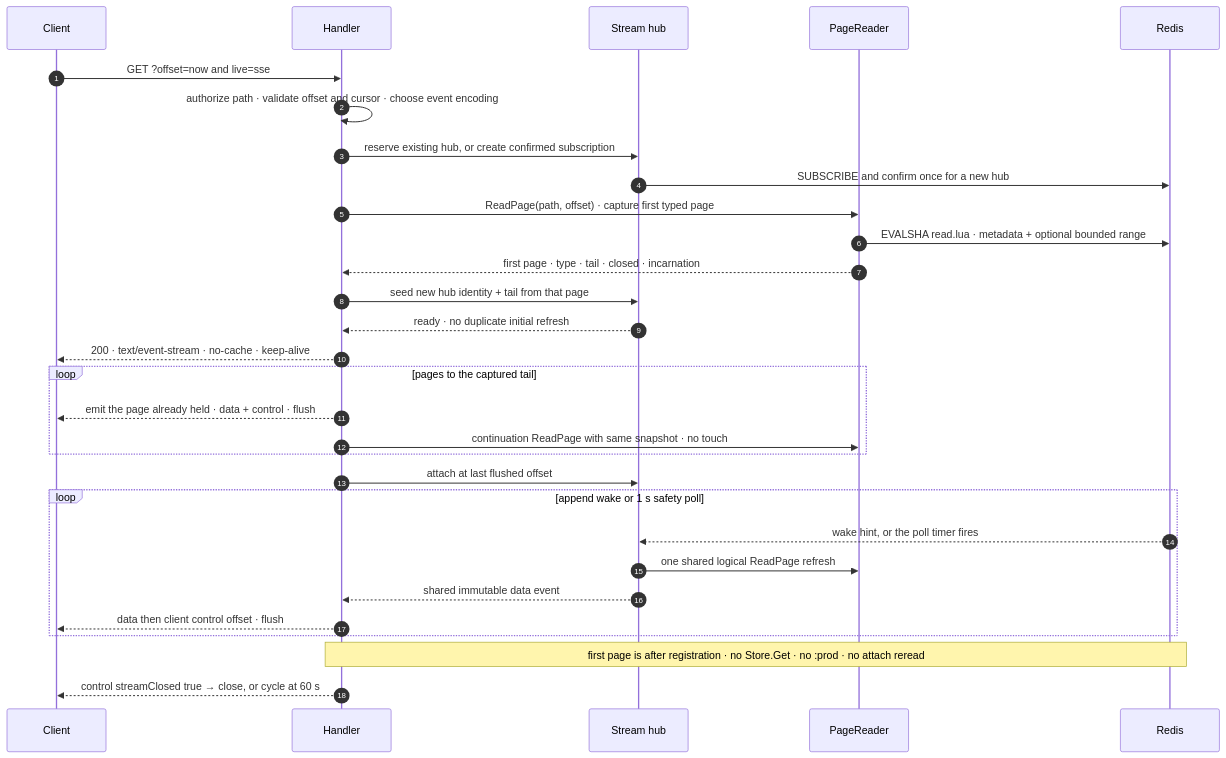
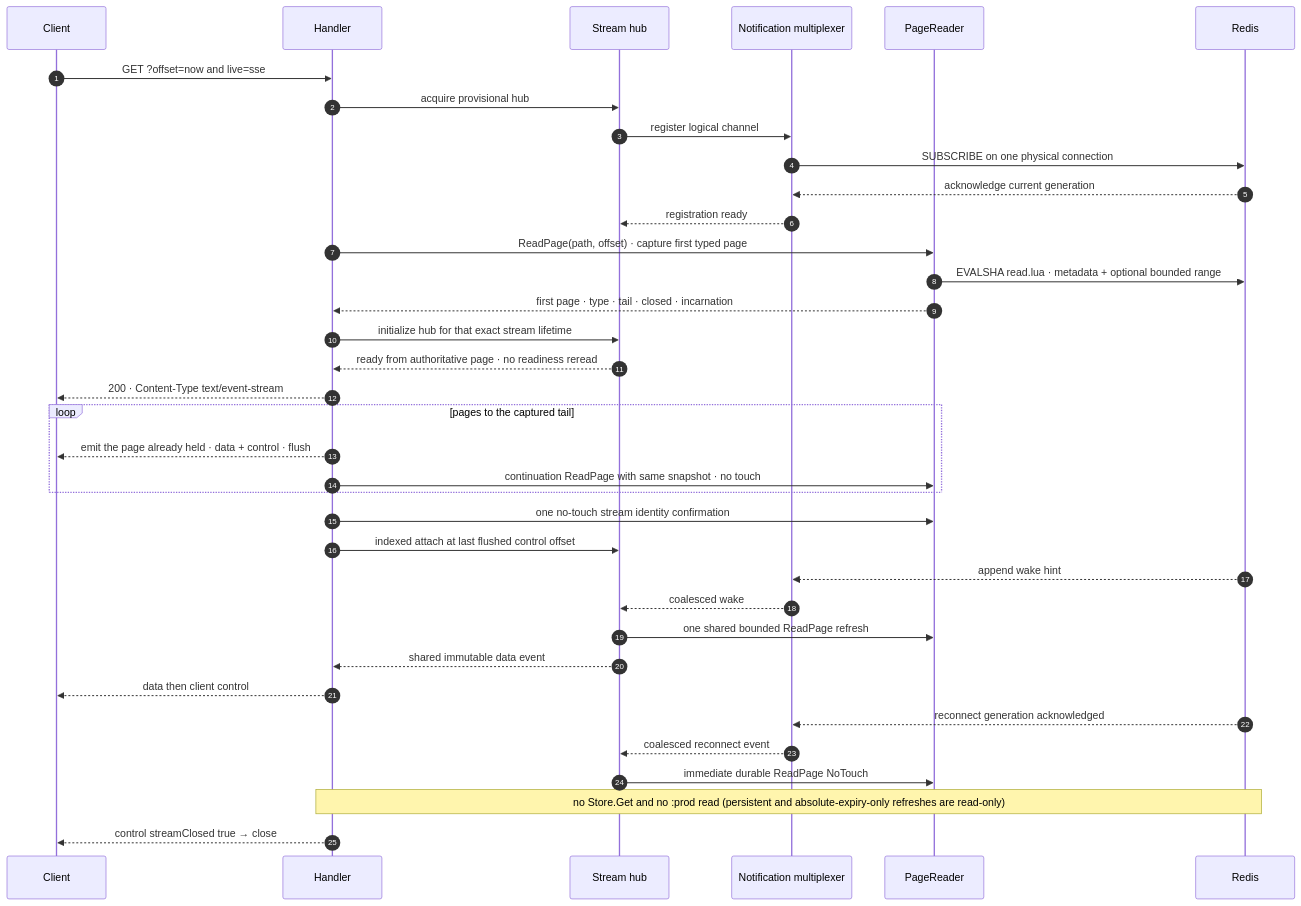
The diagram in docs-site/diagrams/seq-sse.mmd (adityavkk/chronicle), drawn with Mermaid before and after one commit. The commit also changed 47 other files, not shown here.

```diff
--- a/docs-site/diagrams/seq-sse.mmd
+++ b/docs-site/diagrams/seq-sse.mmd
@@ -1,30 +1,36 @@
 sequenceDiagram
     autonumber
     participant C as Client
     participant H as Handler
     participant F as Stream hub
+    participant M as Notification multiplexer
     participant S as PageReader
     participant R as Redis
     C->>H: GET ?offset=now and live=sse
-    H->>H: authorize path · validate offset and cursor · choose event encoding
-    H->>F: reserve existing hub, or create confirmed subscription
-    F->>R: SUBSCRIBE and confirm once for a new hub
+    H->>F: acquire provisional hub
+    F->>M: register logical channel
+    M->>R: SUBSCRIBE on one physical connection
+    R-->>M: acknowledge current generation
+    M-->>F: registration ready
     H->>S: ReadPage(path, offset) · capture first typed page
     S->>R: EVALSHA read.lua · metadata + optional bounded range
     S-->>H: first page · type · tail · closed · incarnation
-    H->>F: seed new hub identity + tail from that page
-    F-->>H: ready · no duplicate initial refresh
-    H-->>C: 200 · text/event-stream · no-cache · keep-alive
+    H->>F: initialize hub for that exact stream lifetime
+    F-->>H: ready from authoritative page · no readiness reread
+    H-->>C: 200 · Content-Type text/event-stream
     loop pages to the captured tail
         H-->>C: emit the page already held · data + control · flush
         H->>S: continuation ReadPage with same snapshot · no touch
     end
-    H->>F: attach at last flushed offset
-    loop append wake or 1 s safety poll
-        R-->>F: wake hint, or the poll timer fires
-        F->>S: one shared logical ReadPage refresh
-        F-->>H: shared immutable data event
-        H-->>C: data then client control offset · flush
-    end
-    Note over H,R: first page is after registration · no Store.Get · no :prod · no attach reread
-    H-->>C: control streamClosed true → close, or cycle at 60 s
+    H->>S: one no-touch stream identity confirmation
+    H->>F: indexed attach at last flushed control offset
+    R-->>M: append wake hint
+    M-->>F: coalesced wake
+    F->>S: one shared bounded ReadPage refresh
+    F-->>H: shared immutable data event
+    H-->>C: data then client control
+    R-->>M: reconnect generation acknowledged
+    M-->>F: coalesced reconnect event
+    F->>S: immediate durable ReadPage NoTouch
+    Note over H,R: no Store.Get and no :prod read (persistent and absolute-expiry-only refreshes are read-only)
+    H-->>C: control streamClosed true → close
```
